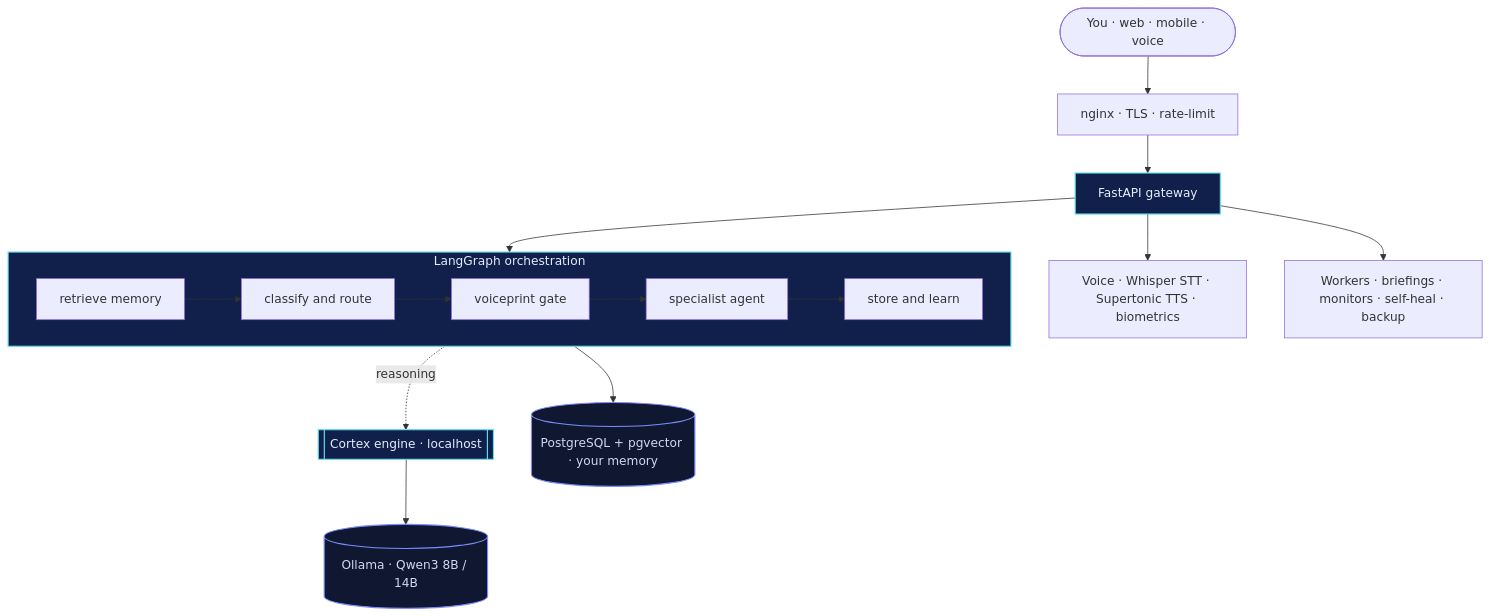
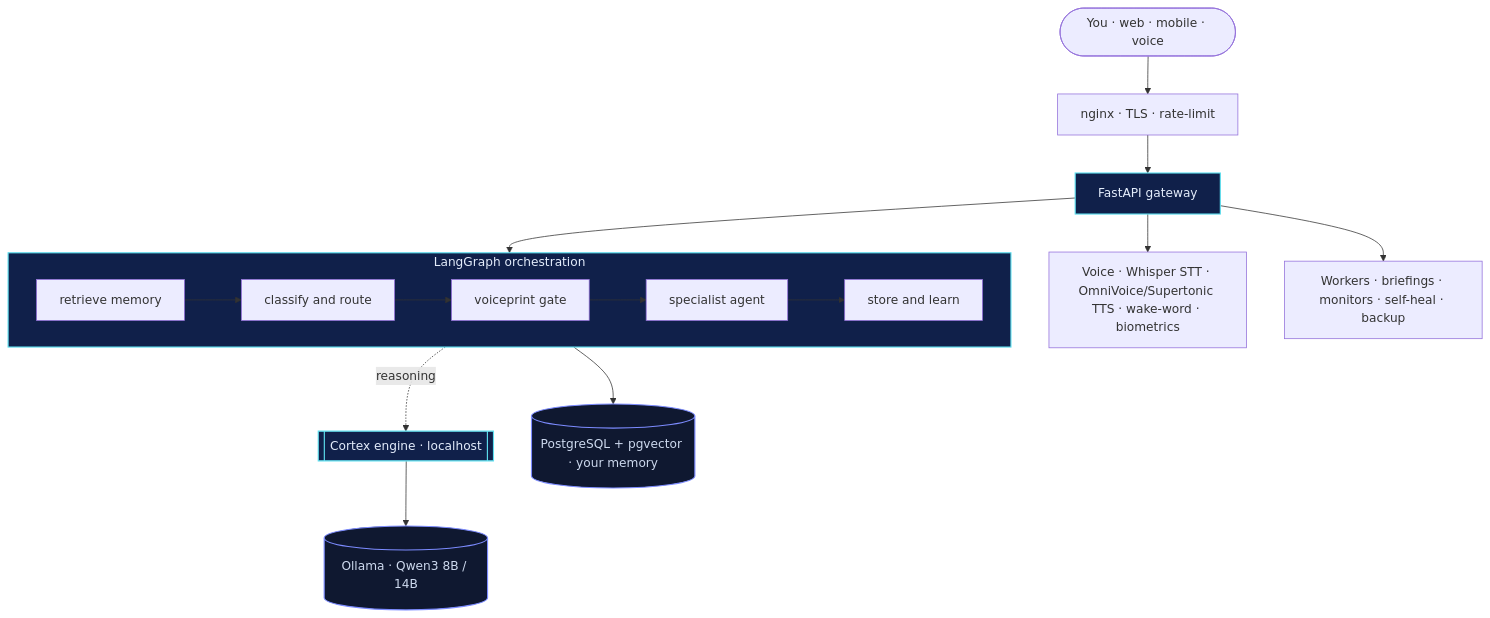
One commit to Praveenkumar101508/private-Jarvis changed the diagram in README.md. Above: the diagram before and after it, drawn with Mermaid. The commit also changed other lines of this file, not shown here.

Commit message:
docs: update README with hardened security layers, actions/voice/mobile capabilities, and current project layout

````diff
--- a/README.md
+++ b/README.md
@@ -70,22 +70,22 @@
 ```mermaid
 flowchart TB
     U([You · web · mobile · voice]) --> GW[nginx · TLS · rate-limit]
     GW --> API[FastAPI gateway]
 
     subgraph BRAIN[LangGraph orchestration]
       direction LR
       M[retrieve memory] --> C[classify and route] --> B[voiceprint gate] --> A[specialist agent] --> S[store and learn]
     end
 
     API --> BRAIN
     A -. reasoning .-> CX[[Cortex engine · localhost]]
     CX --> OL[(Ollama · Qwen3 8B / 14B)]
     A --> MEM[(PostgreSQL + pgvector · your memory)]
-    API --> VOICE[Voice · Whisper STT · Supertonic TTS · biometrics]
+    API --> VOICE[Voice · Whisper STT · OmniVoice/Supertonic TTS · wake-word · biometrics]
     API --> WRK[Workers · briefings · monitors · self-heal · backup]
 
     classDef accent fill:#10204a,stroke:#5ee0f0,color:#e3ecfb,stroke-width:1.5px;
     classDef store fill:#0f1830,stroke:#7c8bff,color:#cdd9ee,stroke-width:1.5px;
     class API,BRAIN,CX accent;
     class OL,MEM store;
 ```
````
